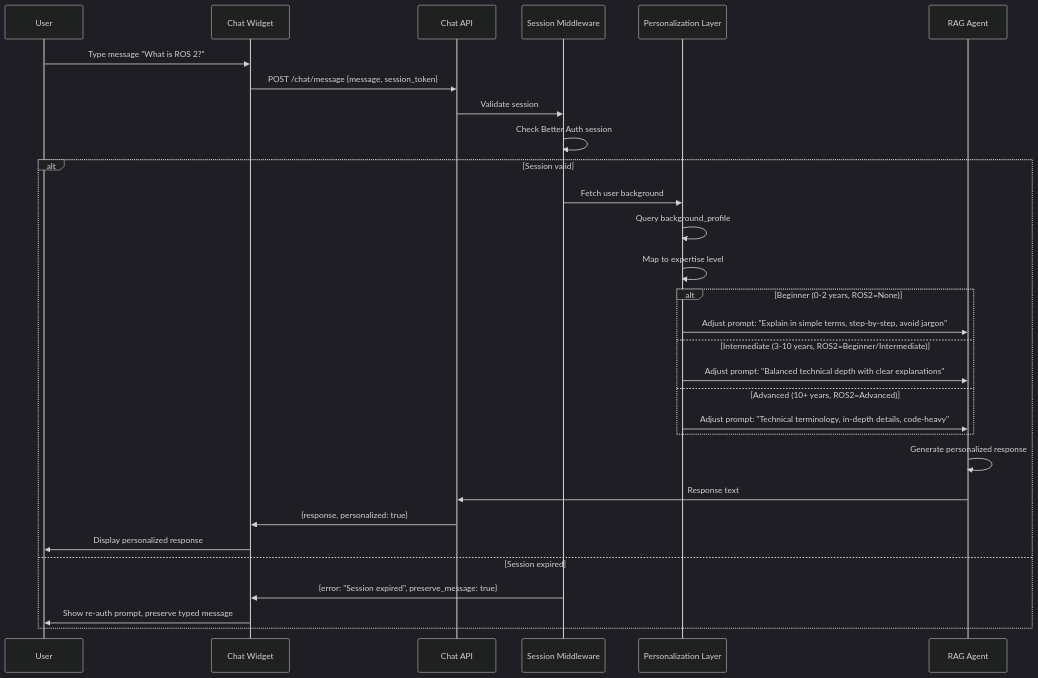
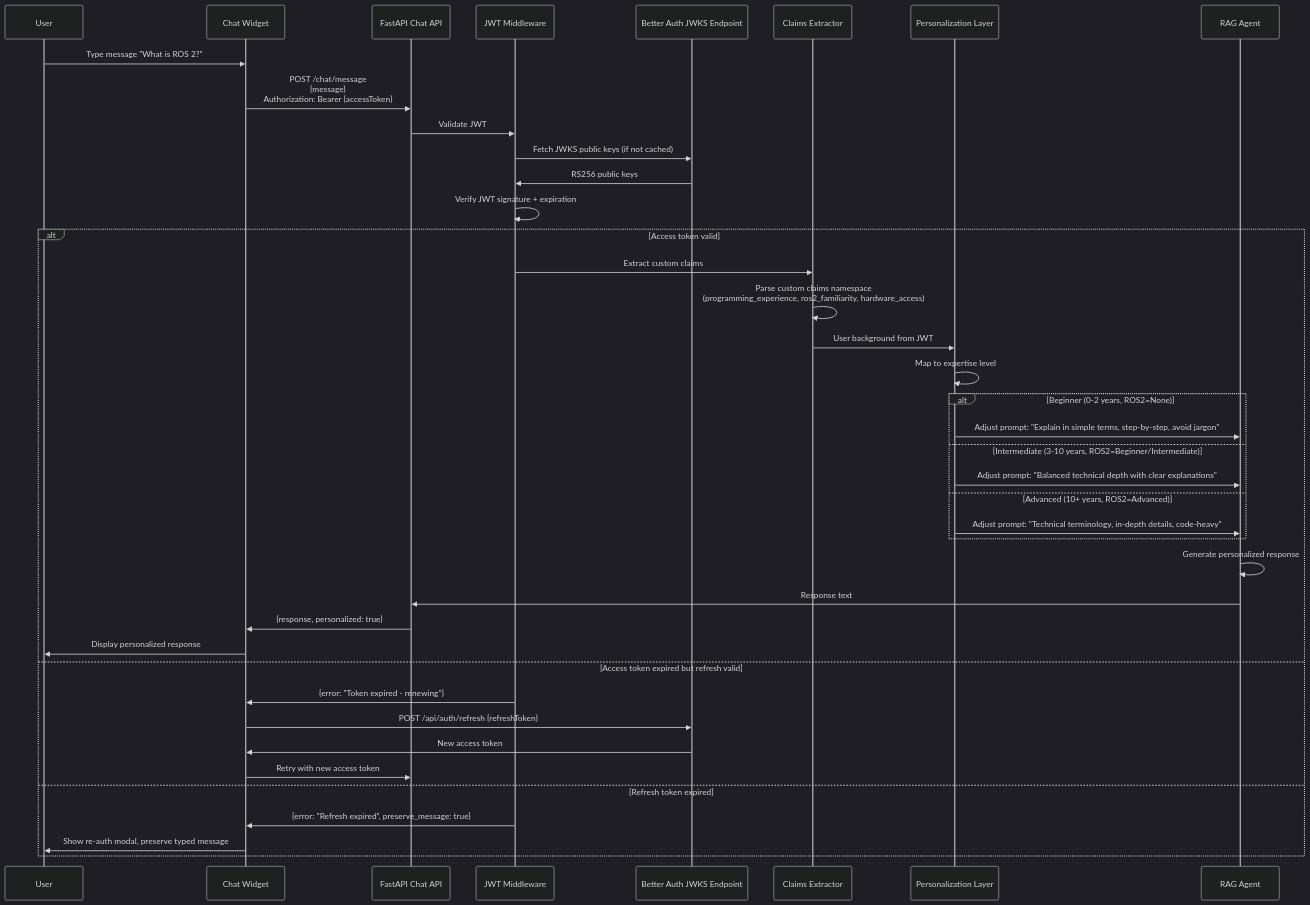
The fourth of 4 diagrams in specs/authentication/plan.md (BaselHussain/physical-ai-and-humanoid-robotics), drawn with Mermaid (dark theme) before and after one commit. The commit also changed other lines of this file, not shown here.

First line of the commit message:
docs: update plan.md to Better Auth microservice architecture

````diff
--- a/specs/authentication/plan.md
+++ b/specs/authentication/plan.md
@@ -287,35 +334,45 @@
 ```mermaid
 sequenceDiagram
     participant User
     participant Frontend as Chat Widget
-    participant ChatAPI as Chat API
-    participant SessionMW as Session Middleware
+    participant ChatAPI as FastAPI Chat API
+    participant JWTMiddleware as JWT Middleware
+    participant BetterAuthJWKS as Better Auth JWKS Endpoint
+    participant ClaimsExtractor as Claims Extractor
     participant PersonalizationLayer as Personalization Layer
     participant DocsAgent as RAG Agent
 
     User->>Frontend: Type message "What is ROS 2?"
-    Frontend->>ChatAPI: POST /chat/message {message, session_token}
-    ChatAPI->>SessionMW: Validate session
-    SessionMW->>SessionMW: Check Better Auth session
-    alt Session valid
-        SessionMW->>PersonalizationLayer: Fetch user background
-        PersonalizationLayer->>PersonalizationLayer: Query background_profile
+    Frontend->>ChatAPI: POST /chat/message<br/>{message}<br/>Authorization: Bearer {accessToken}
+    ChatAPI->>JWTMiddleware: Validate JWT
+    JWTMiddleware->>BetterAuthJWKS: Fetch JWKS public keys (if not cached)
+    BetterAuthJWKS->>JWTMiddleware: RS256 public keys
+    JWTMiddleware->>JWTMiddleware: Verify JWT signature + expiration
+    alt Access token valid
+        JWTMiddleware->>ClaimsExtractor: Extract custom claims
+        ClaimsExtractor->>ClaimsExtractor: Parse custom claims namespace<br/>(programming_experience, ros2_familiarity, hardware_access)
+        ClaimsExtractor->>PersonalizationLayer: User background from JWT
         PersonalizationLayer->>PersonalizationLayer: Map to expertise level
 
         alt Beginner (0-2 years, ROS2=None)
             PersonalizationLayer->>DocsAgent: Adjust prompt: "Explain in simple terms, step-by-step, avoid jargon"
         else Intermediate (3-10 years, ROS2=Beginner/Intermediate)
             PersonalizationLayer->>DocsAgent: Adjust prompt: "Balanced technical depth with clear explanations"
         else Advanced (10+ years, ROS2=Advanced)
             PersonalizationLayer->>DocsAgent: Adjust prompt: "Technical terminology, in-depth details, code-heavy"
         end
 
         DocsAgent->>DocsAgent: Generate personalized response
         DocsAgent->>ChatAPI: Response text
         ChatAPI->>Frontend: {response, personalized: true}
         Frontend->>User: Display personalized response
-    else Session expired
-        SessionMW->>Frontend: {error: "Session expired", preserve_message: true}
-        Frontend->>User: Show re-auth prompt, preserve typed message
+    else Access token expired but refresh valid
+        JWTMiddleware->>Frontend: {error: "Token expired - renewing"}
+        Frontend->>BetterAuthJWKS: POST /api/auth/refresh {refreshToken}
+        BetterAuthJWKS->>Frontend: New access token
+        Frontend->>ChatAPI: Retry with new access token
+    else Refresh token expired
+        JWTMiddleware->>Frontend: {error: "Refresh expired", preserve_message: true}
+        Frontend->>User: Show re-auth modal, preserve typed message
     end
 ```
````
